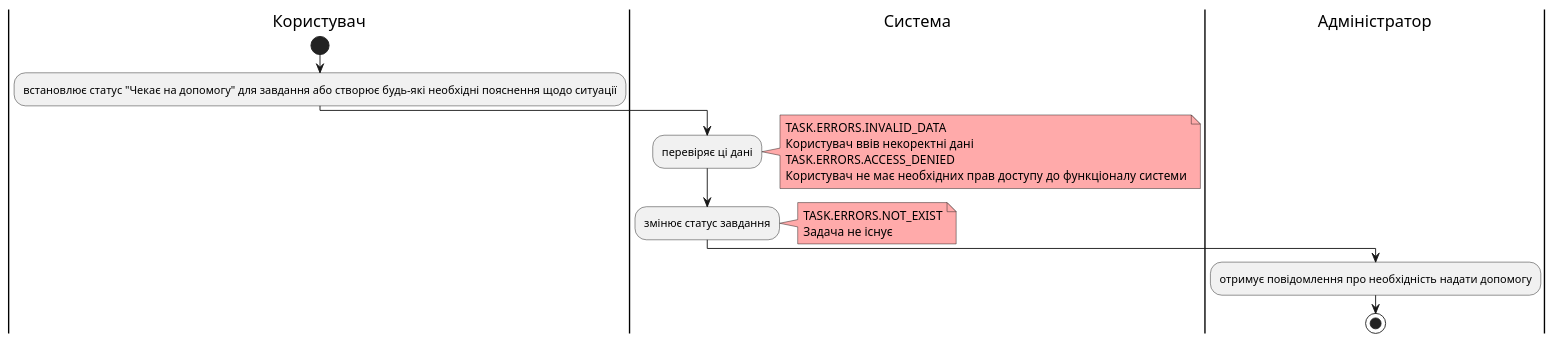
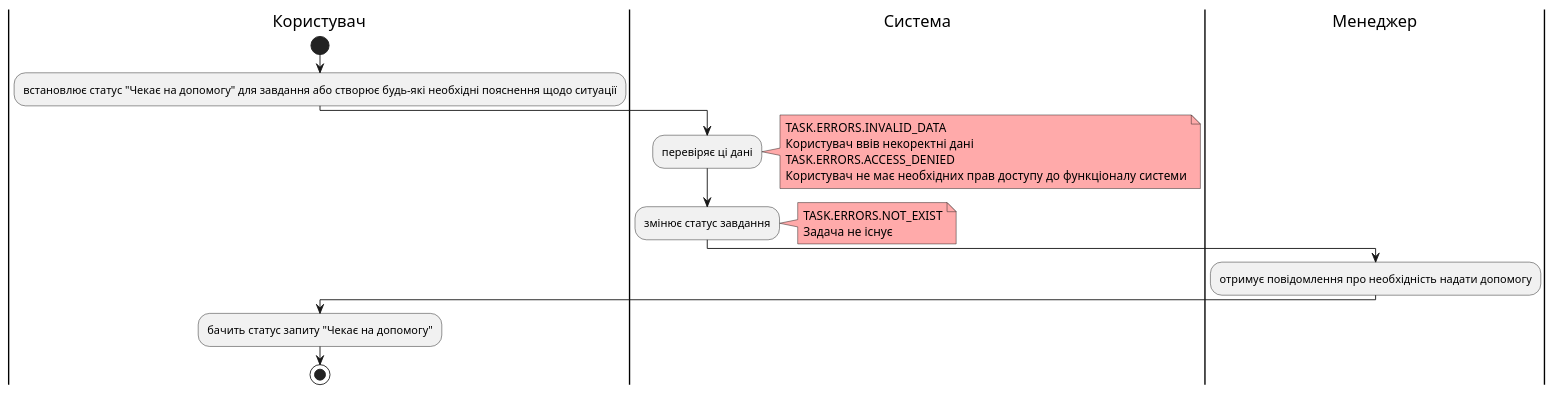
Diagram 14 of 23 in docs/use cases/README.md (yarikkot04/Sup), drawn with PlantUML before and after one commit. The commit also changed other lines of this file and 1 other file, not shown here.

```diff
--- a/docs/use cases/README.md
+++ b/docs/use cases/README.md
@@ -627,23 +627,25 @@
 @startuml
 
     |Користувач|
      start
       :встановлює статус "Чекає на допомогу" для завдання або створює будь-які необхідні пояснення щодо ситуації;
     |Система|
       :перевіряє ці дані;
        note right #ffaaaa 
        TASK.ERRORS.INVALID_DATA
        Користувач ввів некоректні дані
        TASK.ERRORS.ACCESS_DENIED
        Користувач не має необхідних прав доступу до функціоналу системи
        end note
       :змінює статус завдання;
       note right #ffaaaa
       TASK.ERRORS.NOT_EXIST
       Задача не існує
       end note
-    |Адміністратор|
+    |Менеджер|
       :отримує повідомлення про необхідність надати допомогу;
+    |Користувач|
+      :бачить статус запиту "Чекає на допомогу";
     stop;
 
 @enduml
```
